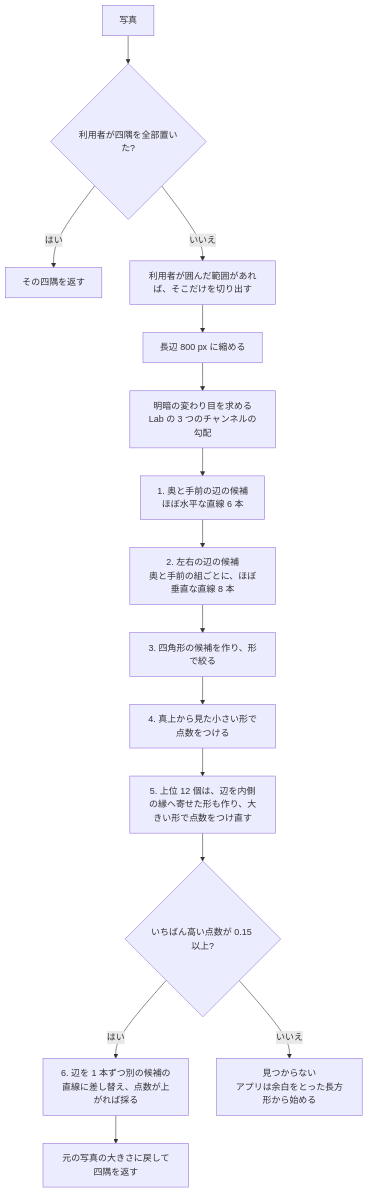
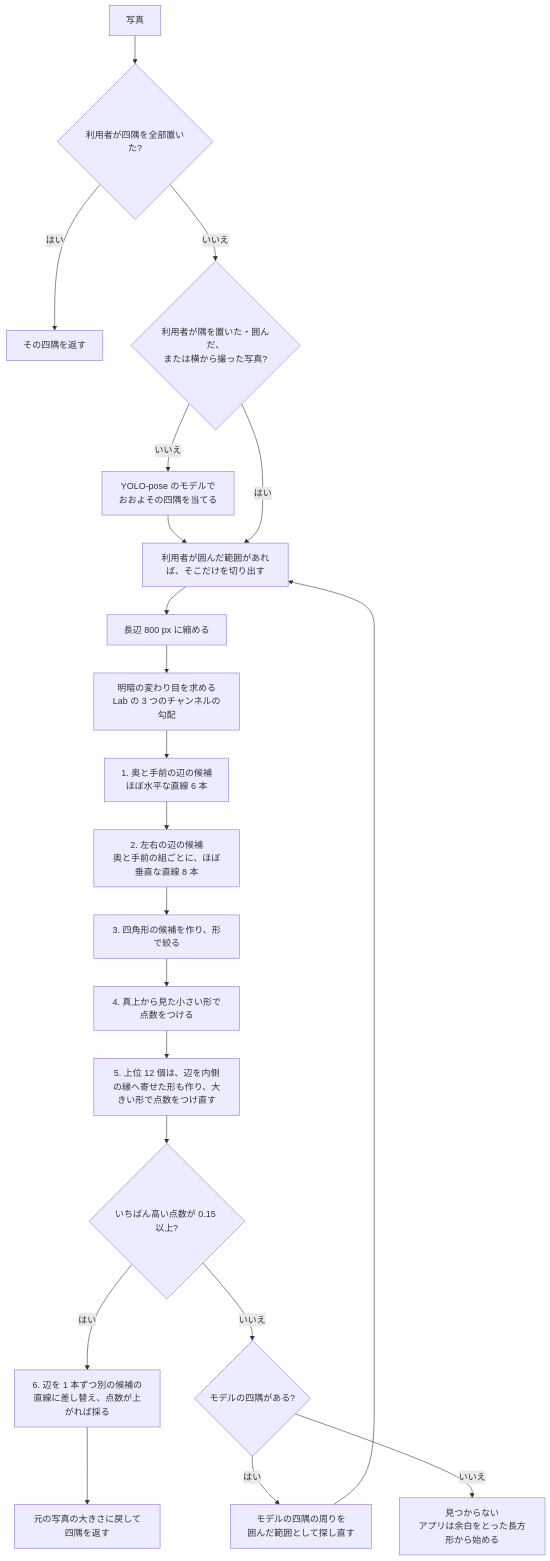
The first of 6 diagrams in docs/corners.md (ytani01/bganalyzer), drawn with Mermaid before and after one commit. The commit also changed other lines of this file and 22 other files, not shown here.

````diff
--- a/docs/corners.md
+++ b/docs/corners.md
@@ -20,17 +20,23 @@
 ```mermaid
 flowchart TD
   A[写真] --> B{利用者が四隅を全部置いた?}
   B -- はい --> Z[その四隅を返す]
-  B -- いいえ --> C[利用者が囲んだ範囲があれば、そこだけを切り出す]
+  B -- いいえ --> Y{利用者が隅を置いた・囲んだ、<br/>または横から撮った写真?}
+  Y -- いいえ --> Q[YOLO-pose のモデルで<br/>おおよその四隅を当てる]
+  Q --> C
+  Y -- はい --> C[利用者が囲んだ範囲があれば、そこだけを切り出す]
   C --> D[長辺 800 px に縮める]
   D --> E[明暗の変わり目を求める<br/>Lab の 3 つのチャンネルの勾配]
   E --> F[1. 奥と手前の辺の候補<br/>ほぼ水平な直線 6 本]
   F --> G[2. 左右の辺の候補<br/>奥と手前の組ごとに、ほぼ垂直な直線 8 本]
   G --> H[3. 四角形の候補を作り、形で絞る]
   H --> I[4. 真上から見た小さい形で点数をつける]
   I --> J[5. 上位 12 個は、辺を内側の縁へ寄せた形も作り、大きい形で点数をつけ直す]
   J --> K{いちばん高い点数が 0.15 以上?}
   K -- はい --> M[6. 辺を 1 本ずつ別の候補の直線に差し替え、点数が上がれば採る]
   M --> L[元の写真の大きさに戻して四隅を返す]
-  K -- いいえ --> N[見つからない<br/>アプリは余白をとった長方形から始める]
+  K -- いいえ --> R{モデルの四隅がある?}
+  R -- はい --> S[モデルの四隅の周りを<br/>囲んだ範囲として探し直す]
+  S --> C
+  R -- いいえ --> N[見つからない<br/>アプリは余白をとった長方形から始める]
 ```
````
